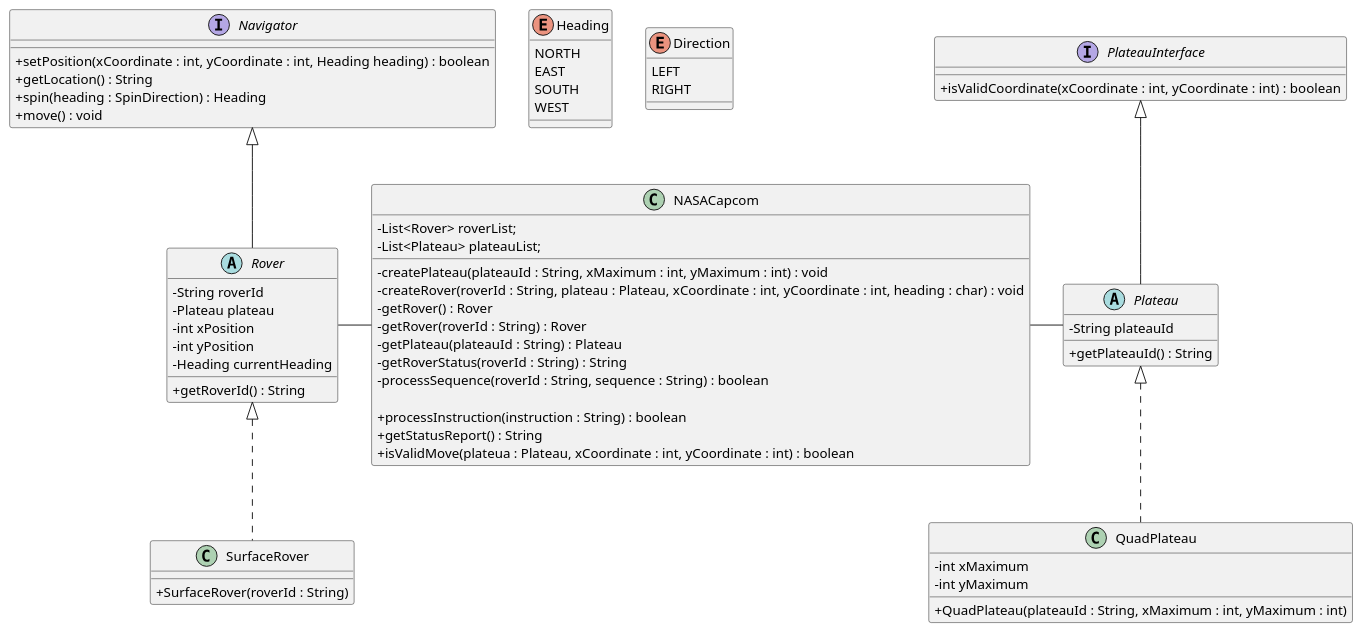
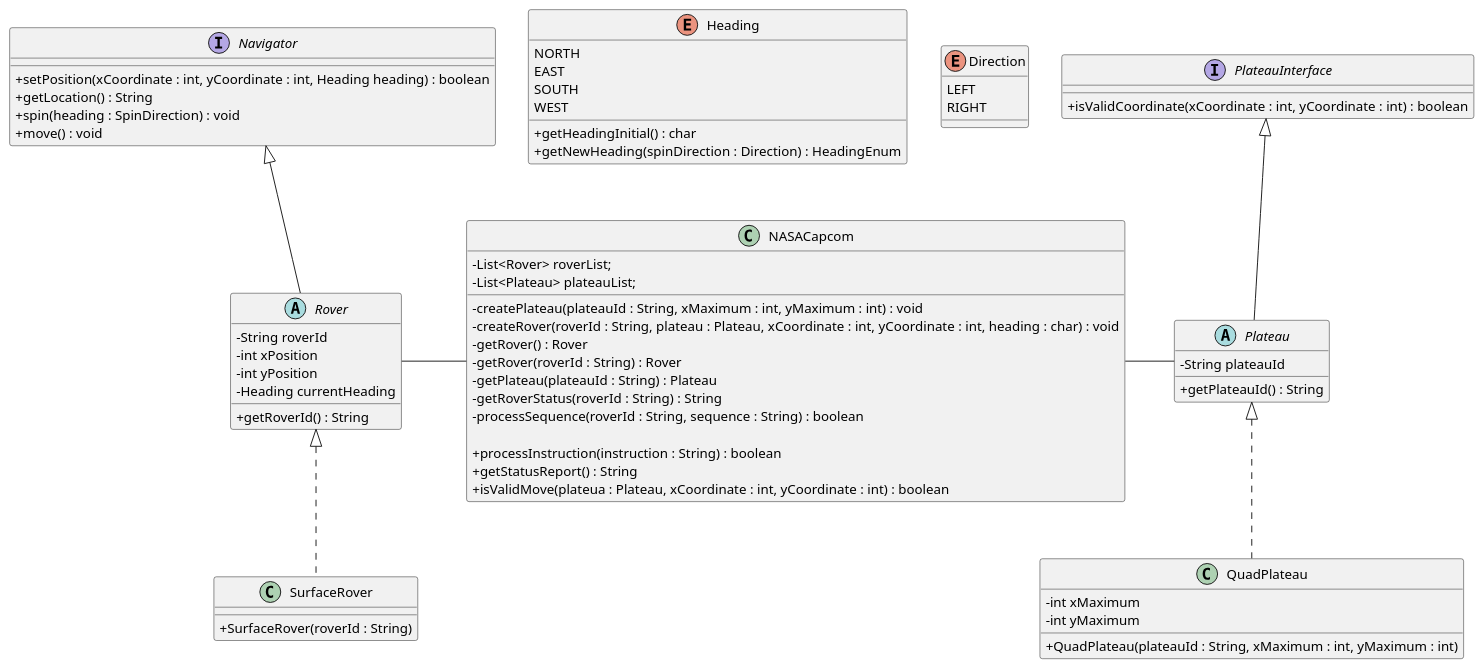
One commit to probert999/mars-rover changed the diagram in uml/MarsRoverClassDiagram.puml. Above: the diagram before and after it, drawn with PlantUML. The commit also changed 13 other files, not shown here.

Commit message:
Extended HeadingEnum to perform direction spins

```diff
--- a/uml/MarsRoverClassDiagram.puml
+++ b/uml/MarsRoverClassDiagram.puml
@@ -1,80 +1,81 @@
 @startuml
 skinparam classAttributeIconSize 0
 
 interface Navigator {
     + setPosition(xCoordinate : int, yCoordinate : int, Heading heading) : boolean
     + getLocation() : String
-    + spin(heading : SpinDirection) : Heading
+    + spin(heading : SpinDirection) : void
     + move() : void
 }
 
 abstract class Rover extends Navigator  {
   - String roverId
-  - Plateau plateau
   - int xPosition
   - int yPosition
   - Heading currentHeading
 
   + getRoverId() : String
 }
 
 class SurfaceRover implements Rover  {
     + SurfaceRover(roverId : String)
 }
 
 interface PlateauInterface  {
    + isValidCoordinate(xCoordinate : int, yCoordinate : int) : boolean
 }
 
 abstract class Plateau extends PlateauInterface {
   - String plateauId
   + getPlateauId() : String
 }
 
 class QuadPlateau implements Plateau {
   - int xMaximum
   - int yMaximum
 
    + QuadPlateau(plateauId : String, xMaximum : int, yMaximum : int)
 
 }
 
 
 enum Heading
 {
 NORTH
 EAST
 SOUTH
 WEST
++ getHeadingInitial() : char
++ getNewHeading(spinDirection : Direction) : HeadingEnum
 }
 
 enum Direction
 {
 LEFT
 RIGHT
 }
 
 class NASACapcom {
   - List<Rover> roverList;
   - List<Plateau> plateauList;
 
   - createPlateau(plateauId : String, xMaximum : int, yMaximum : int) : void
   - createRover(roverId : String, plateau : Plateau, xCoordinate : int, yCoordinate : int, heading : char) : void
   - getRover() : Rover
   - getRover(roverId : String) : Rover
   - getPlateau(plateauId : String) : Plateau
   - getRoverStatus(roverId : String) : String
   - processSequence(roverId : String, sequence : String) : boolean
 
   + processInstruction(instruction : String) : boolean
   + getStatusReport() : String
   + isValidMove(plateua : Plateau, xCoordinate : int, yCoordinate : int) : boolean
 }
 
 NASACapcom - Plateau
 Rover - NASACapcom
 
 
 Heading -[hidden] Navigator
 Heading -[hidden] Direction
 @enduml
```
